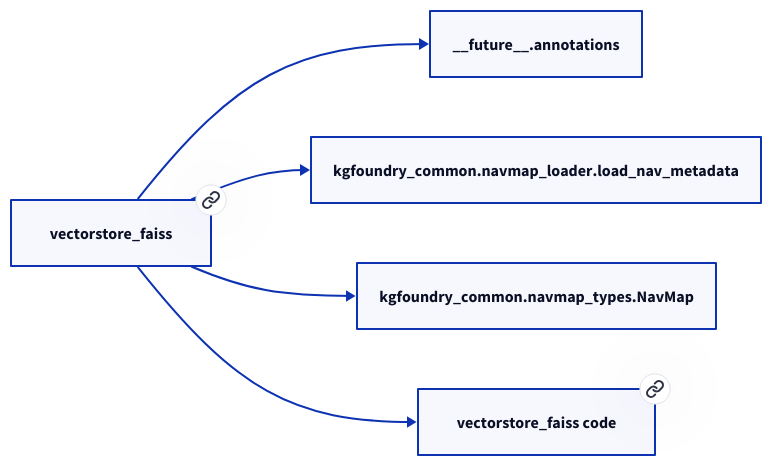
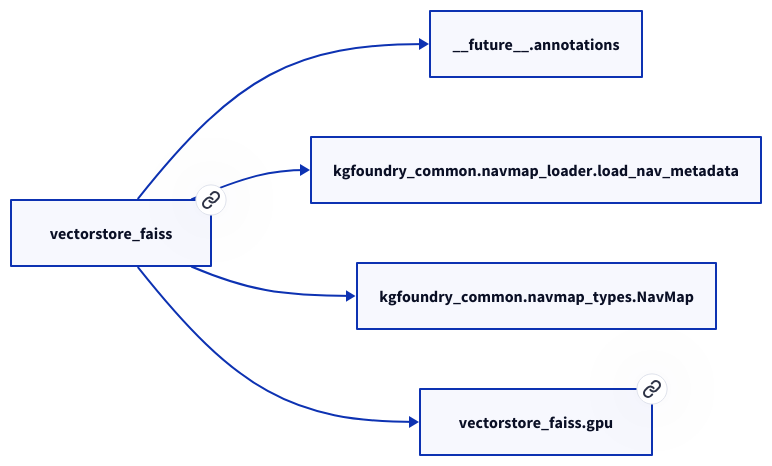
Before and after one commit to paul-heyse/kgforge: the diagram in docs/modules/vectorstore_faiss.md, drawn with D2. The commit also changed other lines of this file and 208 other files, not shown here.

````diff
--- a/docs/modules/vectorstore_faiss.md
+++ b/docs/modules/vectorstore_faiss.md
@@ -17,12 +21,12 @@
 ```d2
 direction: right
-"vectorstore_faiss": "vectorstore_faiss" { link: "./vectorstore_faiss.md" }
+"vectorstore_faiss": "vectorstore_faiss" { link: "https://github.com/paul-heyse/kgfoundry/blob/main/src/vectorstore_faiss/__init__.py" }
 "__future__.annotations": "__future__.annotations"
 "vectorstore_faiss" -> "__future__.annotations"
 "kgfoundry_common.navmap_loader.load_nav_metadata": "kgfoundry_common.navmap_loader.load_nav_metadata"
 "vectorstore_faiss" -> "kgfoundry_common.navmap_loader.load_nav_metadata"
 "kgfoundry_common.navmap_types.NavMap": "kgfoundry_common.navmap_types.NavMap"
 "vectorstore_faiss" -> "kgfoundry_common.navmap_types.NavMap"
-"vectorstore_faiss_code": "vectorstore_faiss code" { link: "https://github.com/kgfoundry/kgfoundry/blob/main/src/vectorstore_faiss/__init__.py" }
-"vectorstore_faiss" -> "vectorstore_faiss_code" { style: dashed }
+"vectorstore_faiss.gpu": "vectorstore_faiss.gpu" { link: "https://github.com/paul-heyse/kgfoundry/blob/main/src/vectorstore_faiss/gpu.py" }
+"vectorstore_faiss" -> "vectorstore_faiss.gpu" { style: dashed }
 ```
````
